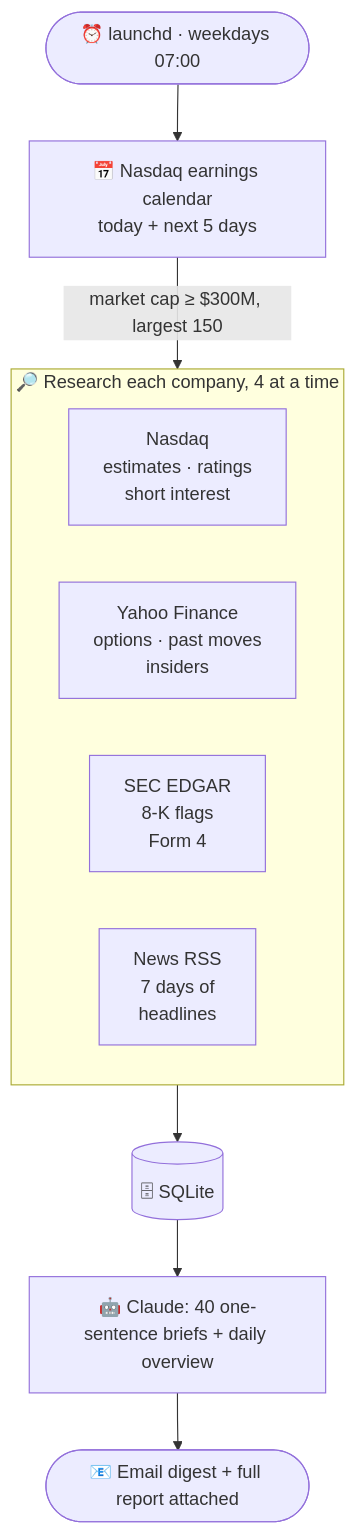
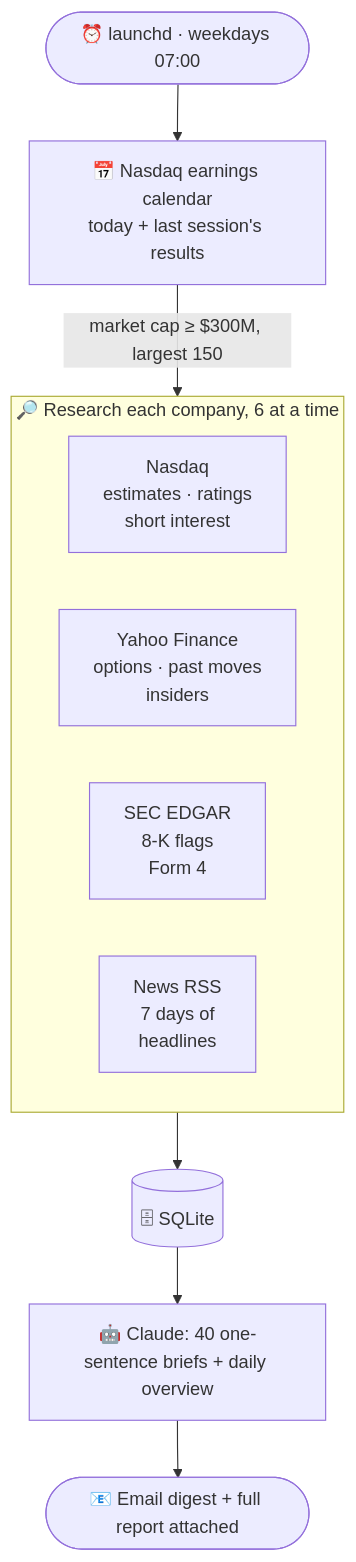
Before and after one commit to LukasUser/earnings-scanner: the diagram in README.md, drawn with Mermaid. The commit also changed other lines of this file and 6 other files, not shown here.

First line of the commit message:
Keep the morning run on time; clean up the last-session table

````diff
--- a/README.md
+++ b/README.md
@@ -39,15 +39,15 @@
 ```mermaid
 flowchart TB
-    A(["⏰ launchd · weekdays 07:00"]) --> B["📅 Nasdaq earnings calendar<br/>today + next 5 days"]
+    A(["⏰ launchd · weekdays 07:00"]) --> B["📅 Nasdaq earnings calendar<br/>today + last session's results"]
     B -- "market cap ≥ $300M, largest 150" --> D
-    subgraph D["🔎 Research each company, 4 at a time"]
+    subgraph D["🔎 Research each company, 6 at a time"]
         direction LR
         D1["Nasdaq<br/>estimates · ratings<br/>short interest"]
         D2["Yahoo Finance<br/>options · past moves<br/>insiders"]
         D3["SEC EDGAR<br/>8-K flags<br/>Form 4"]
         D4["News RSS<br/>7 days of<br/>headlines"]
     end
     D --> E[("🗄 SQLite")]
     E --> F["🤖 Claude: 40 one-sentence briefs + daily overview"]
     F --> G(["📧 Email digest + full report attached"])
 ```
````
